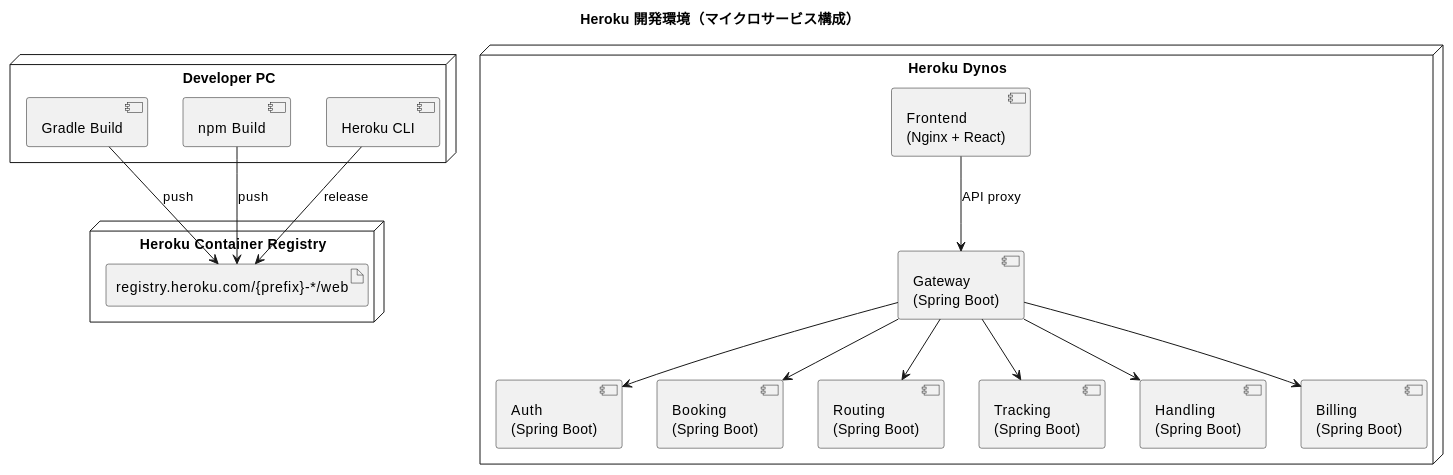
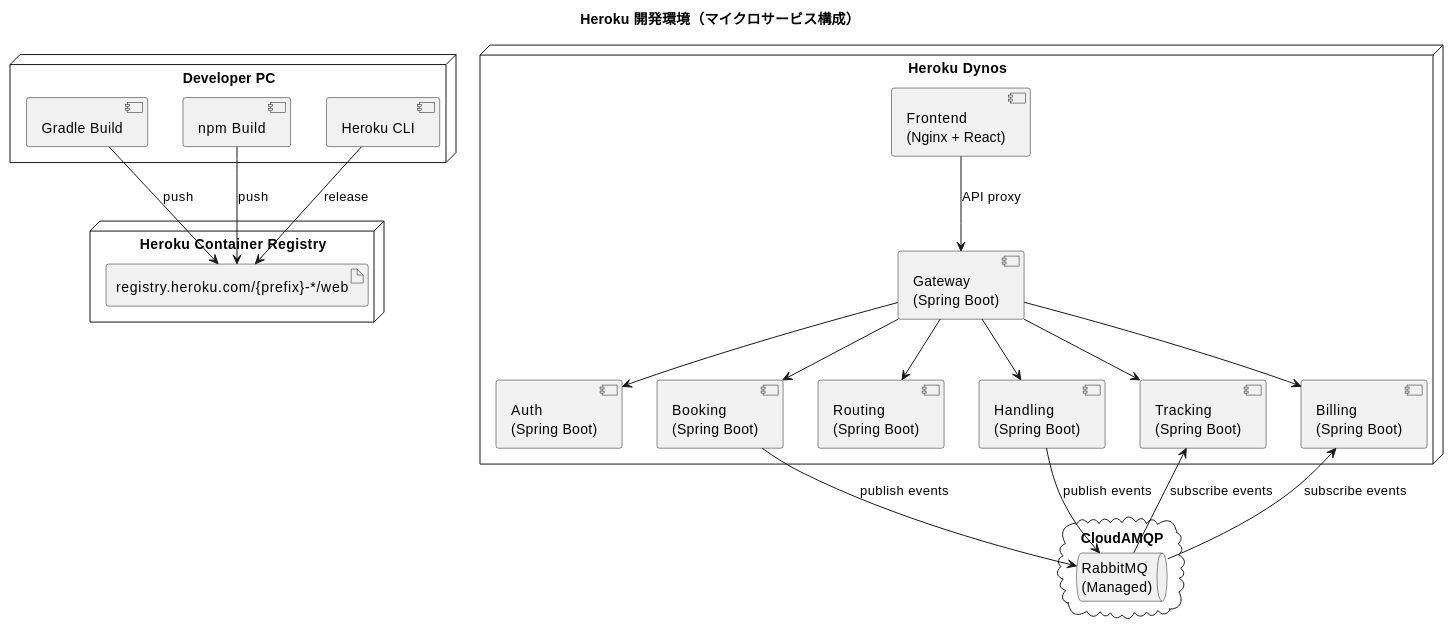
One commit to k2works/case-study-cargo-tracker changed the diagram in docs/operation/開発環境セットアップ手順書.md. Above: the diagram before and after it, drawn with PlantUML. The commit also changed other lines of this file and 1 other file, not shown here.

First line of the commit message:
feat(setup): CloudAMQP（RabbitMQ）アドオンのセットアップを追加

````diff
--- a/docs/operation/開発環境セットアップ手順書.md
+++ b/docs/operation/開発環境セットアップ手順書.md
@@ -38,39 +39,47 @@
 ```plantuml
 @startuml
 
 title Heroku 開発環境（マイクロサービス構成）
 
 node "Developer PC" {
     component "Gradle Build" as gradle
     component "npm Build" as npm
     component "Heroku CLI" as cli
 }
 
 node "Heroku Container Registry" {
     artifact "registry.heroku.com/{prefix}-*/web" as images
 }
 
 node "Heroku Dynos" {
     component "Gateway\n(Spring Boot)" as gw
     component "Auth\n(Spring Boot)" as auth
     component "Booking\n(Spring Boot)" as booking
     component "Routing\n(Spring Boot)" as routing
     component "Tracking\n(Spring Boot)" as tracking
     component "Handling\n(Spring Boot)" as handling
     component "Billing\n(Spring Boot)" as billing
     component "Frontend\n(Nginx + React)" as fe
 }
 
+cloud "CloudAMQP" {
+    queue "RabbitMQ\n(Managed)" as mq
+}
+
 gradle --> images : push
 npm --> images : push
 cli --> images : release
 fe --> gw : API proxy
 gw --> auth
 gw --> booking
 gw --> routing
 gw --> tracking
 gw --> handling
 gw --> billing
+booking --> mq : publish events
+handling --> mq : publish events
+mq --> tracking : subscribe events
+mq --> billing : subscribe events
 
 @enduml
 ```
````
